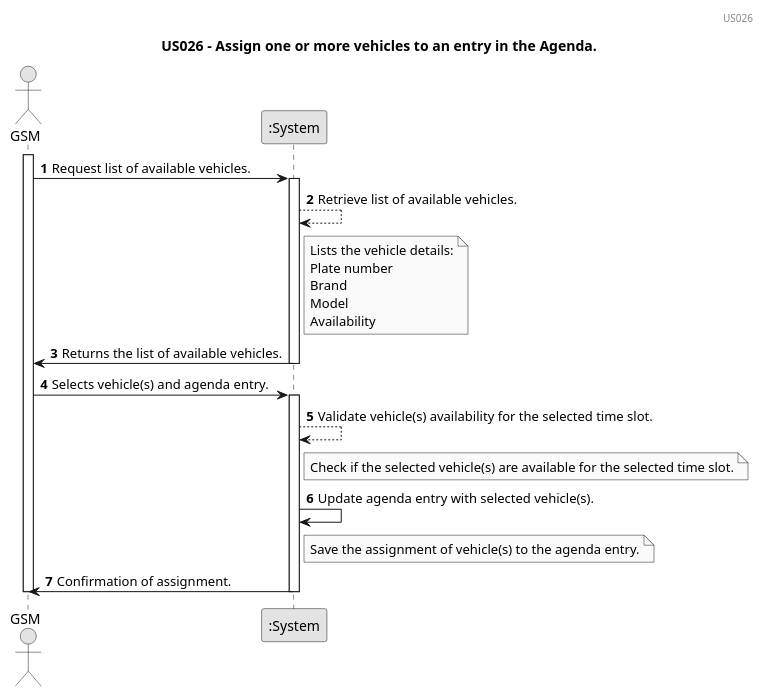
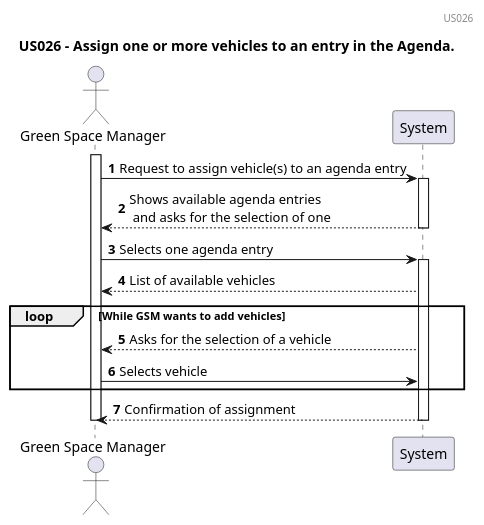
The diagram in docs/sprintC/us026/01.requirements-engineering/puml/us026-sequence_diagram.puml (rpedros02/lei-24-s2-1DL-g08), drawn with PlantUML before and after one commit. The commit also changed 38 other files, not shown here.

```diff
--- a/docs/sprintC/us026/01.requirements-engineering/puml/us026-sequence_diagram.puml
+++ b/docs/sprintC/us026/01.requirements-engineering/puml/us026-sequence_diagram.puml
@@ -1,32 +1,33 @@
 @startuml
-skinparam monochrome true
-skinparam packageStyle rectangle
-skinparam shadowing false
-
+actor "Green Space Manager" as gsm
+participant "System" as System
 title US026 - Assign one or more vehicles to an entry in the Agenda.
 header US026
 autonumber
-actor "GSM" as gsm
-participant ":System" as System
 
 activate gsm
 
-    gsm -> System : Request list of available vehicles.
-    activate System
-        System --> System : Retrieve list of available vehicles.
-        note right of System : Lists the vehicle details:\nPlate number\nBrand\nModel\nAvailability
-        System -> gsm : Returns the list of available vehicles.
-    deactivate System
+gsm -> System : Request to assign vehicle(s) to an agenda entry
 
-    gsm -> System : Selects vehicle(s) and agenda entry.
-    activate System
-        System --> System : Validate vehicle(s) availability for the selected time slot.
-        note right of System : Check if the selected vehicle(s) are available for the selected time slot.
-        System -> System : Update agenda entry with selected vehicle(s).
-        note right of System : Save the assignment of vehicle(s) to the agenda entry.
-        System -> gsm : Confirmation of assignment.
-    deactivate System
+activate System
 
+    System --> gsm : Shows available agenda entries\n and asks for the selection of one
+deactivate
+
+gsm -> System : Selects one agenda entry
+activate System
+
+System --> gsm : List of available vehicles
+
+
+loop While GSM wants to add vehicles
+System --> gsm : Asks for the selection of a vehicle
+
+gsm -> System : Selects vehicle
+end loop
+
+System --> gsm : Confirmation of assignment
+deactivate System
+'Metodo no controller chamado AssignVehicleToAgendaEntry(AgendaEntry, Vehicle)
 deactivate gsm
-
 @enduml
```
